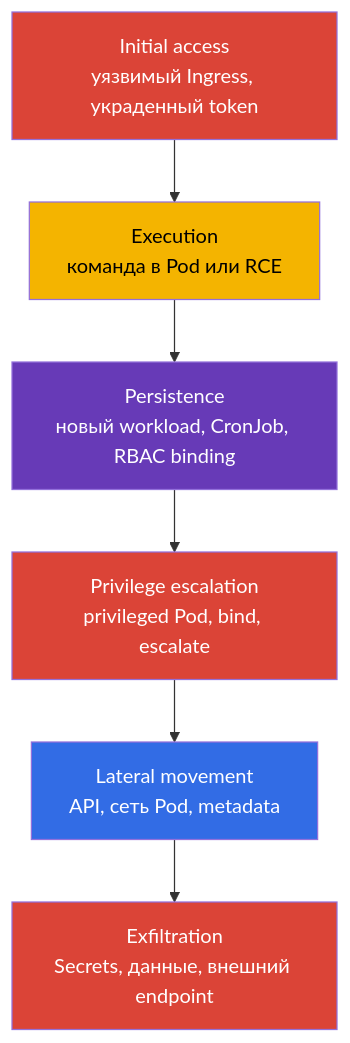
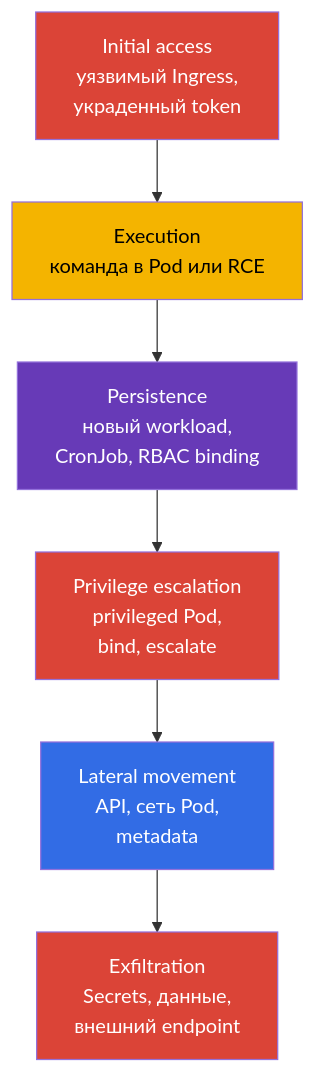
The third of 5 diagrams in tasks/cks/course/02/ru.md (ViktorUJ/cks), drawn with Mermaid before and after one commit. The commit also changed other lines of this file and 275 other files, not shown here.

````diff
--- a/tasks/cks/course/02/ru.md
+++ b/tasks/cks/course/02/ru.md
@@ -146,14 +632,14 @@
 ```mermaid
 flowchart TB
-    access["Initial access<br>уязвимый Ingress, украденный token"] --> exec["Execution<br>команда в Pod или RCE"]
-    exec --> persist["Persistence<br>новый workload, CronJob, RBAC binding"]
-    persist --> privesc["Privilege escalation<br>privileged Pod, bind, escalate"]
-    privesc --> lateral["Lateral movement<br>API, сеть Pod, metadata"]
-    lateral --> exfil["Exfiltration<br>Secrets, данные, внешний endpoint"]
+    access["Initial access<br/>уязвимый Ingress,<br/>украденный token"] --> exec["Execution<br/>команда в Pod или RCE"]
+    exec --> persist["Persistence<br/>новый workload,<br/>CronJob, RBAC binding"]
+    persist --> privesc["Privilege escalation<br/>privileged Pod,<br/>bind, escalate"]
+    privesc --> lateral["Lateral movement<br/>API, сеть Pod,<br/>metadata"]
+    lateral --> exfil["Exfiltration<br/>Secrets, данные,<br/>внешний endpoint"]
     style access fill:#db4437,color:#fff
     style exec fill:#f4b400,color:#000
     style persist fill:#673ab7,color:#fff
     style privesc fill:#db4437,color:#fff
     style lateral fill:#326ce5,color:#fff
     style exfil fill:#db4437,color:#fff
 ```
````
